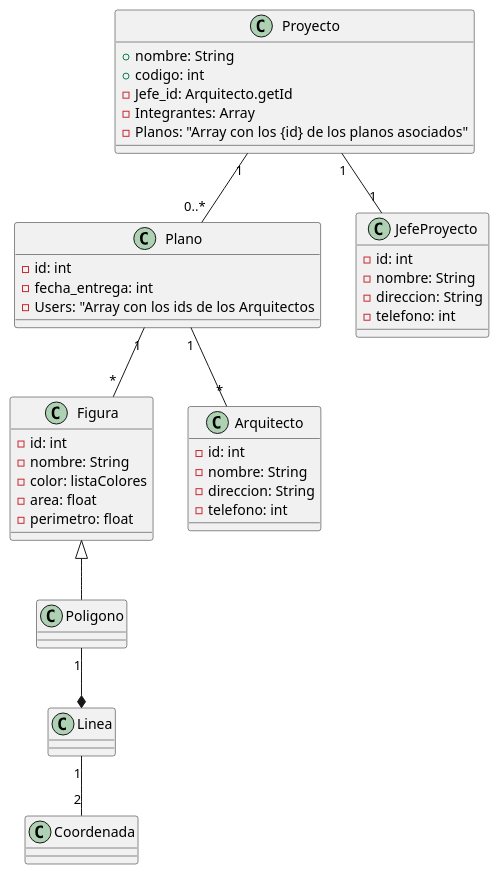
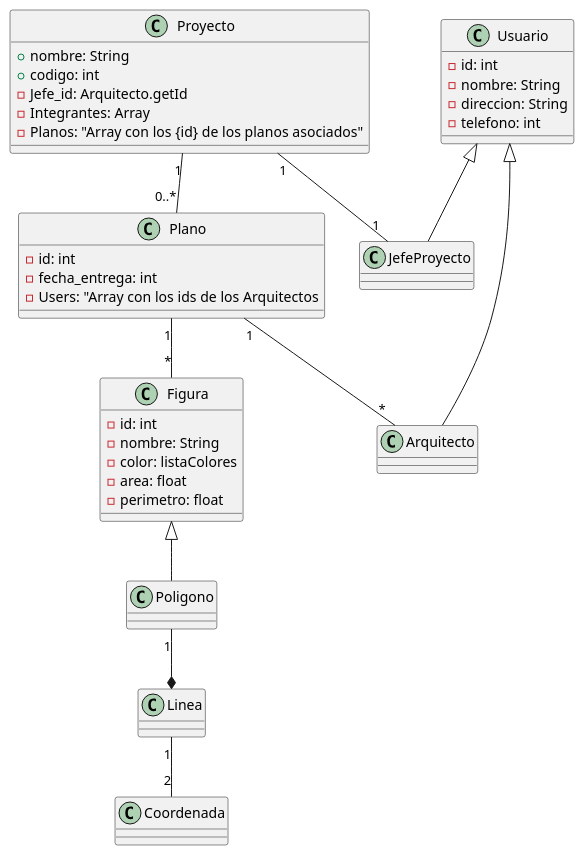
Before and after one commit to Asshess/poo-lab: the diagram in UML.puml, drawn with PlantUML.

Commit message:
changed (UML): Parte Sebastian (modularizacion de usuarios)

```diff
--- a/UML.puml
+++ b/UML.puml
@@ -1,59 +1,60 @@
 @startuml
 
 class Proyecto {
     + nombre: String
     + codigo: int 
     - Jefe_id: Arquitecto.getId 
     - Integrantes: Array
     - Planos: "Array con los {id} de los planos asociados"
 
+}
+
+class Usuario{
+    - id: int 
+    - nombre: String 
+    - direccion: String 
+    - telefono: int 
 }
 
 class Plano{
     - id: int
     - fecha_entrega: int
     - Users: "Array con los ids de los Arquitectos
 }
 
 class Figura{
     - id: int 
     - nombre: String 
     - color: listaColores
     - area: float 
     - perimetro: float 
 }
 
-class JefeProyecto{
-    - id: int 
-    - nombre: String 
-    - direccion: String 
-    - telefono: int 
+class JefeProyecto extends Usuario{
+
 }
 
-class Arquitecto{
-    - id: int 
-    - nombre: String 
-    - direccion: String 
-    - telefono: int 
+class Arquitecto extends Usuario{
+    
 }
 
 class Poligono extends Figura{
 
 }
 
 class Coordenada{
 
 }
 
 class Linea{
 
 }
 
 Proyecto "1" -- "1" JefeProyecto
 Proyecto "1" -- "0..*" Plano
 Plano "1" -- "*" Figura
 Poligono "1" --* Linea
 Linea "1" -- "2" Coordenada
 Plano "1" -- "*" Arquitecto
 
 @enduml
```
